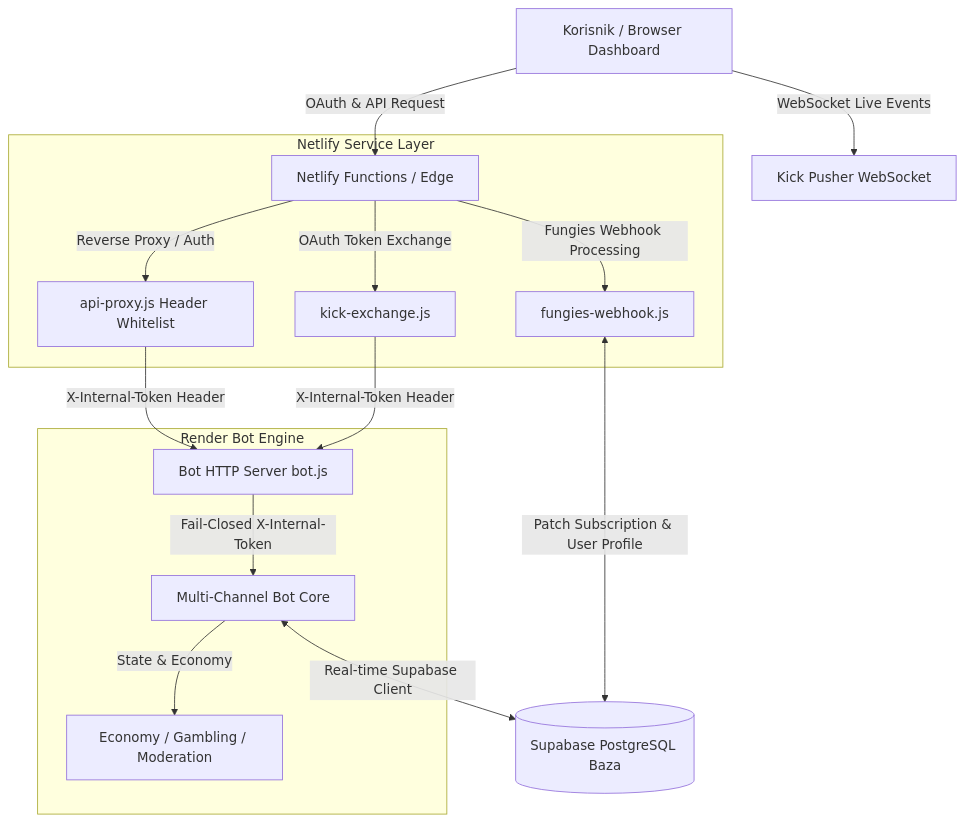
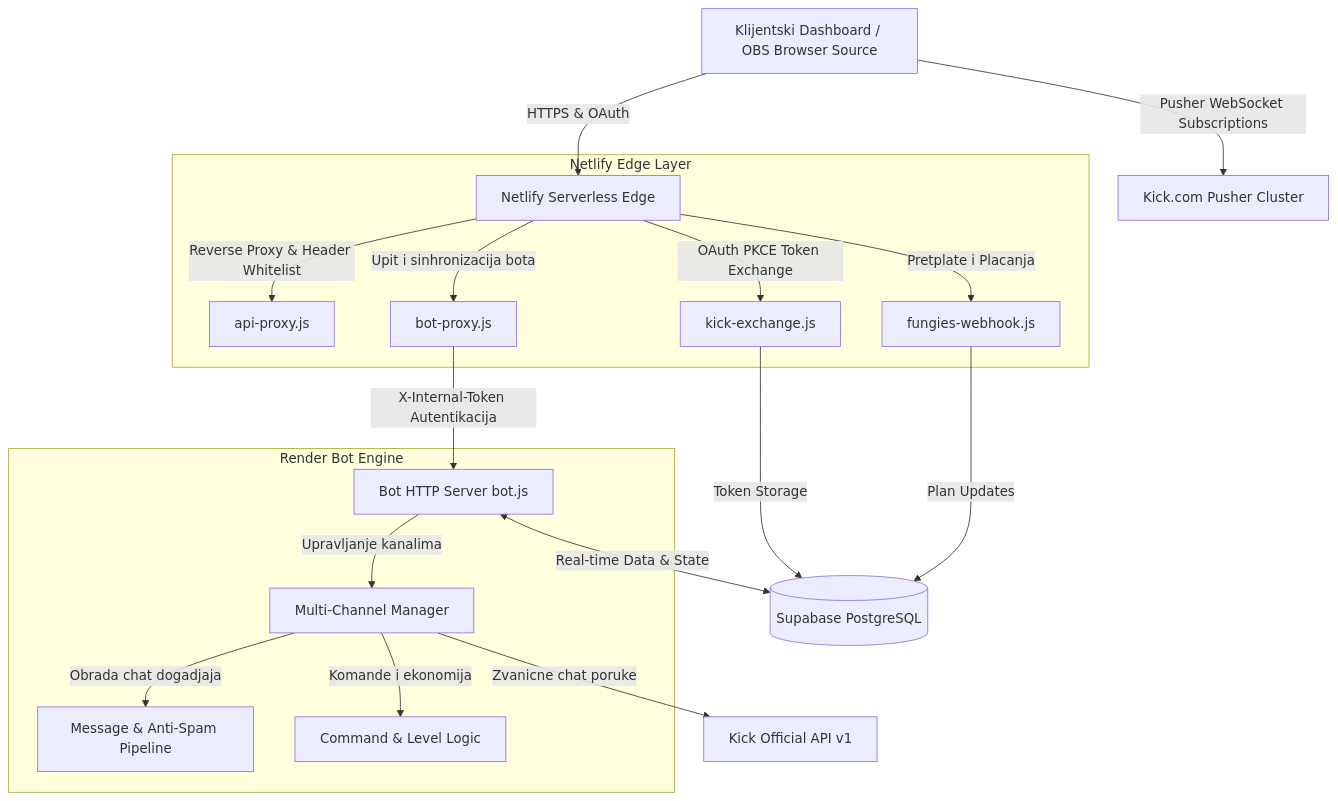
One commit to milan-petkovski/KickALL changed the diagram in README.md. Above: the diagram before and after it, drawn with Mermaid. The commit also changed other lines of this file and 6 other files, not shown here.

Commit message:
docs(readme): overhaul documentation with comprehensive architecture, studios, and setup guide

````diff
--- a/README.md
+++ b/README.md
@@ -9,22 +117,24 @@
 ```mermaid
 flowchart TD
-    Client[Korisnik / Browser Dashboard] -->|OAuth & API Request| Netlify[Netlify Functions / Edge]
-    Client -->|WebSocket Live Events| KickPusher[Kick Pusher WebSocket]
-    
-    subgraph Netlify Service Layer
-        Netlify -->|Reverse Proxy / Auth| ApiProxy[api-proxy.js Header Whitelist]
-        Netlify -->|OAuth Token Exchange| KickExchange[kick-exchange.js]
-        Netlify -->|Fungies Webhook Processing| FungiesWH[fungies-webhook.js]
+    Client[Klijentski Dashboard / OBS Browser Source] -->|HTTPS & OAuth| NetlifyEdge[Netlify Serverless Edge]
+    Client -->|Pusher WebSocket Subscriptions| KickPusher[Kick.com Pusher Cluster]
+
+    subgraph Netlify Edge Layer
+        NetlifyEdge -->|Reverse Proxy & Header Whitelist| ApiProxy[api-proxy.js]
+        NetlifyEdge -->|OAuth PKCE Token Exchange| KickExchange[kick-exchange.js]
+        NetlifyEdge -->|Pretplate i Placanja| FungiesWH[fungies-webhook.js]
+        NetlifyEdge -->|Upit i sinhronizacija bota| BotProxy[bot-proxy.js]
     end
-    
+
     subgraph Render Bot Engine
-        BotHttp[Bot HTTP Server bot.js] -->|Fail-Closed X-Internal-Token| BotEngine[Multi-Channel Bot Core]
-        BotEngine -->|State & Economy| BotLogic[Economy / Gambling / Moderation]
+        BotProxy -->|X-Internal-Token Autentikacija| BotServer[Bot HTTP Server bot.js]
+        BotServer -->|Upravljanje kanalima| ChannelMgr[Multi-Channel Manager]
+        ChannelMgr -->|Obrada chat dogadjaja| MsgEngine[Message & Anti-Spam Pipeline]
+        ChannelMgr -->|Komande i ekonomija| CommandEngine[Command & Level Logic]
     end
-    
-    ApiProxy -->|X-Internal-Token Header| BotHttp
-    KickExchange -->|X-Internal-Token Header| BotHttp
-    
-    BotEngine <-->|Real-time Supabase Client| Supabase[(Supabase PostgreSQL Baza)]
-    FungiesWH <-->|Patch Subscription & User Profile| Supabase
+
+    KickExchange -->|Token Storage| Supabase[(Supabase PostgreSQL)]
+    FungiesWH -->|Plan Updates| Supabase
+    BotServer <-->|Real-time Data & State| Supabase
+    ChannelMgr -->|Zvanicne chat poruke| KickApi[Kick Official API v1]
 ```
````
